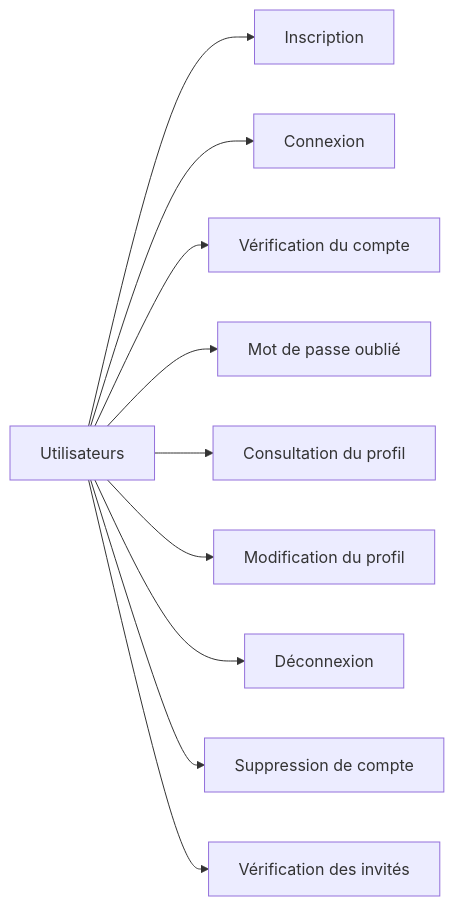
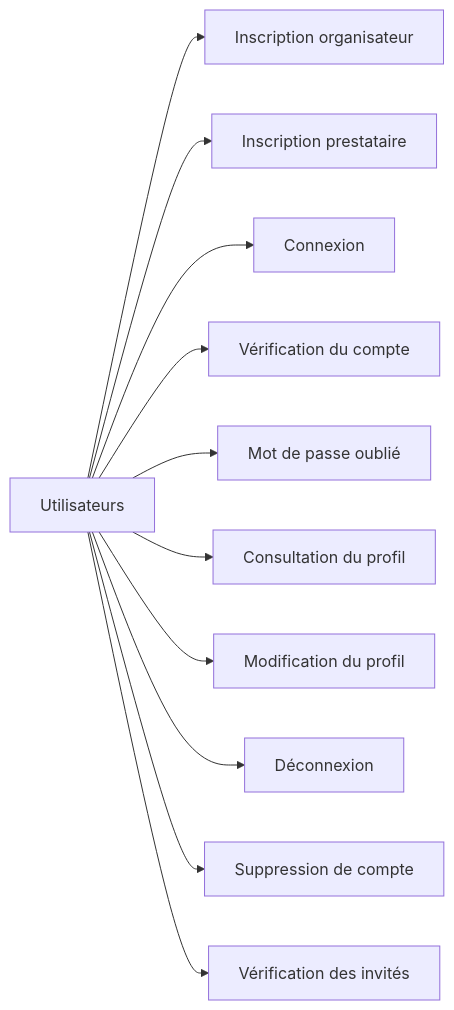
Before and after one commit to moozo-org/moozo: the diagram in documents/specifications/wbs/wbs_utilisateurs.md, drawn with Mermaid. The commit also changed 19 other files, not shown here.

````diff
--- a/documents/specifications/wbs/wbs_utilisateurs.md
+++ b/documents/specifications/wbs/wbs_utilisateurs.md
@@ -3,13 +3,14 @@
 ```mermaid
 flowchart LR
     n0["Utilisateurs"]
-    n0 --> n1["Inscription"]
+    n0 --> n1["Inscription organisateur"]
+    n0 --> n1b["Inscription prestataire"]
     n0 --> n2["Connexion"]
     n0 --> n3["Vérification du compte"]
     n0 --> n4["Mot de passe oublié"]
     n0 --> n5["Consultation du profil"]
     n0 --> n6["Modification du profil"]
     n0 --> n7["Déconnexion"]
     n0 --> n8["Suppression de compte"]
     n0 --> n9["Vérification des invités"]
 ```
````
